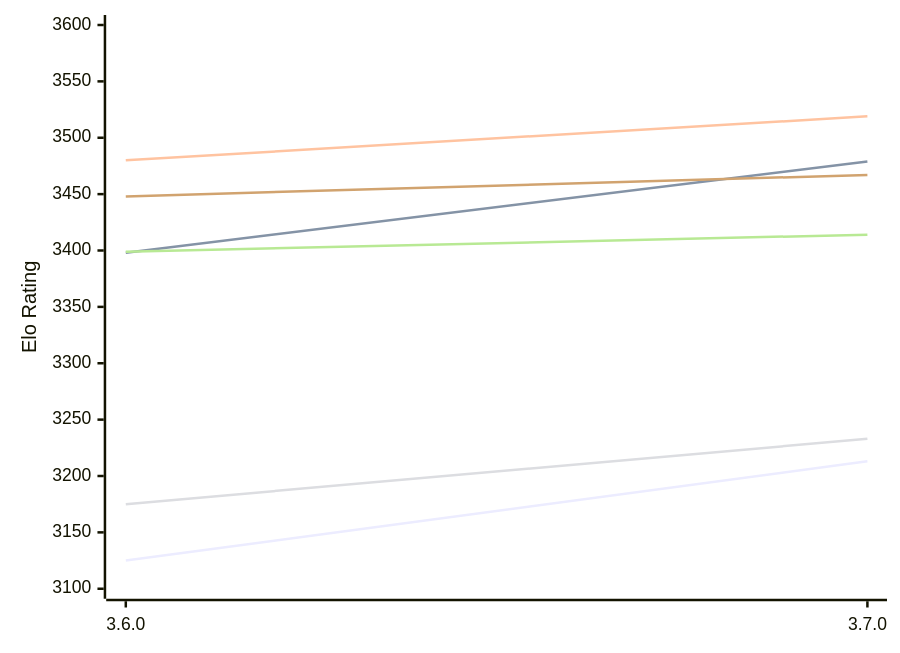
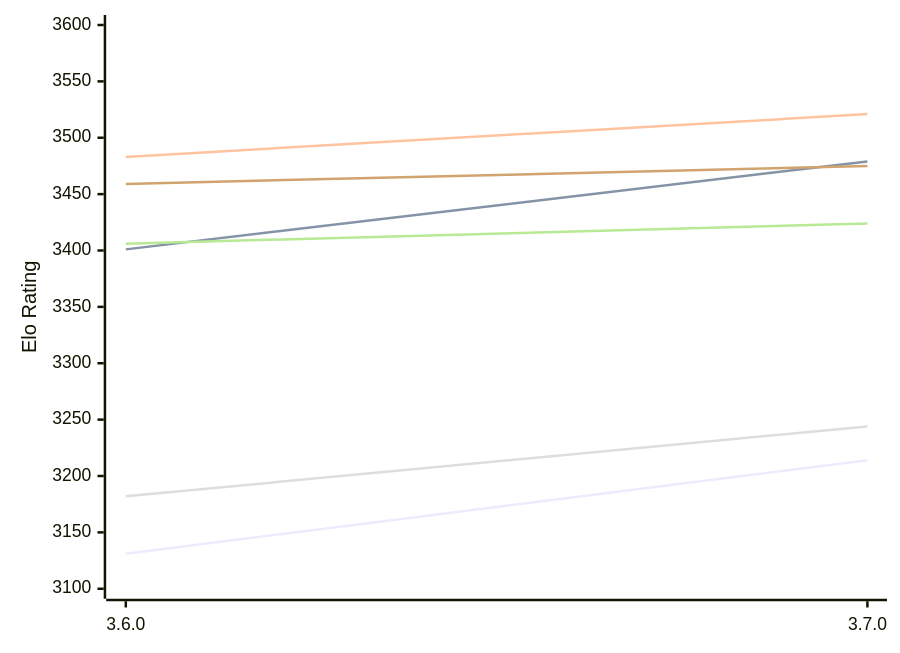
One commit to computer-chess-index/cci changed the diagram in engines/Simplechess.md. Above: the diagram before and after it, drawn with Mermaid. The commit also changed other lines of this file, not shown here.

Commit message:
Update CCI Ratings (ELO VLTC) - 2026-11-25

````diff
--- a/engines/Simplechess.md
+++ b/engines/Simplechess.md
@@ -49,12 +49,12 @@
 ```mermaid
 %%{init: {"theme":"base","themeVariables":{"seriesColors:['#a3a3a3','#222221','#faa371']}}}%%
 xychart-beta
   x-axis ["3.6.0", "3.7.0"]
   y-axis "Elo Rating" 3100 --> 3600
-  line "E1: STC (8.0+0.08s)" [3125, 3213]
-  line "E1: LTC (60.0+0.60s)" [3398, 3479]
-  line "E1: VLTC (2m24s+1.12s)" [3480, 3519]
-  line "P1: STC (8.0+0.08s)" [3175, 3233]
-  line "P1: LTC (60.0+0.60s)" [3399, 3414]
-  line "P1: VLTC (2m24s+1.12s)" [3448, 3467]
+  line "E1: STC (8.0+0.08s)" [3131, 3214]
+  line "E1: LTC (60.0+0.60s)" [3401, 3479]
+  line "E1: VLTC (2m24s+1.12s)" [3483, 3521]
+  line "P1: STC (8.0+0.08s)" [3182, 3244]
+  line "P1: LTC (60.0+0.60s)" [3406, 3424]
+  line "P1: VLTC (2m24s+1.12s)" [3459, 3475]
 ```
````
